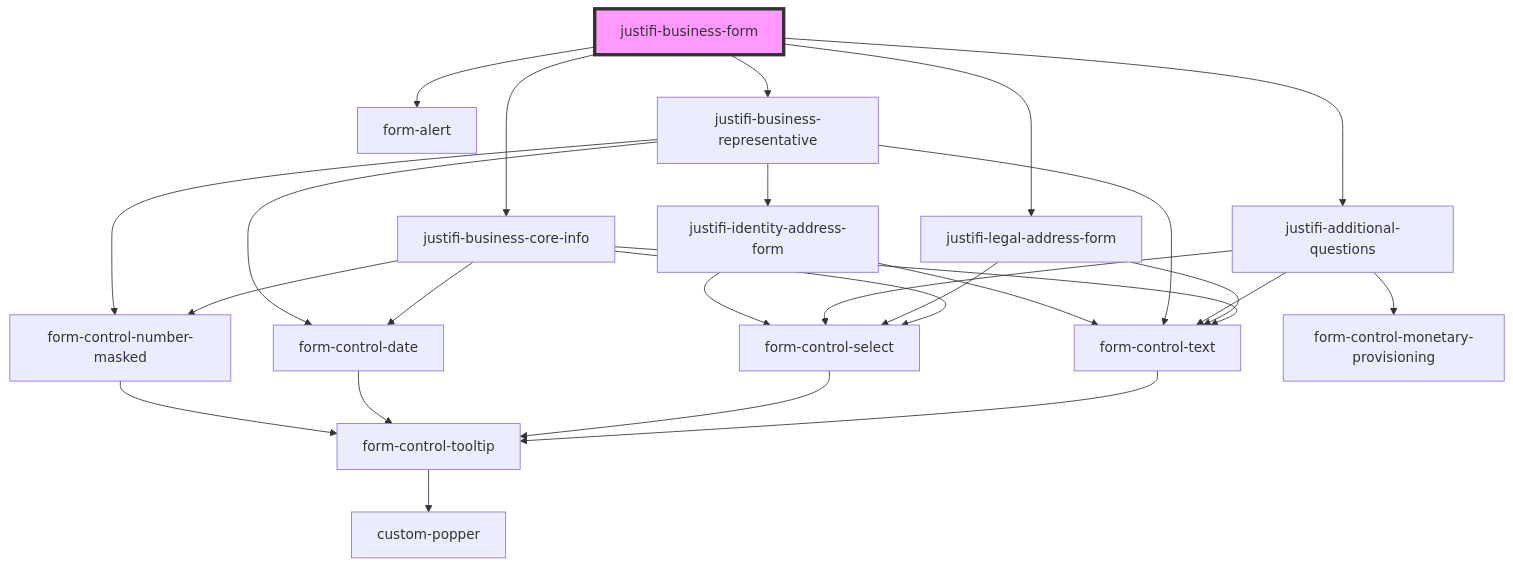
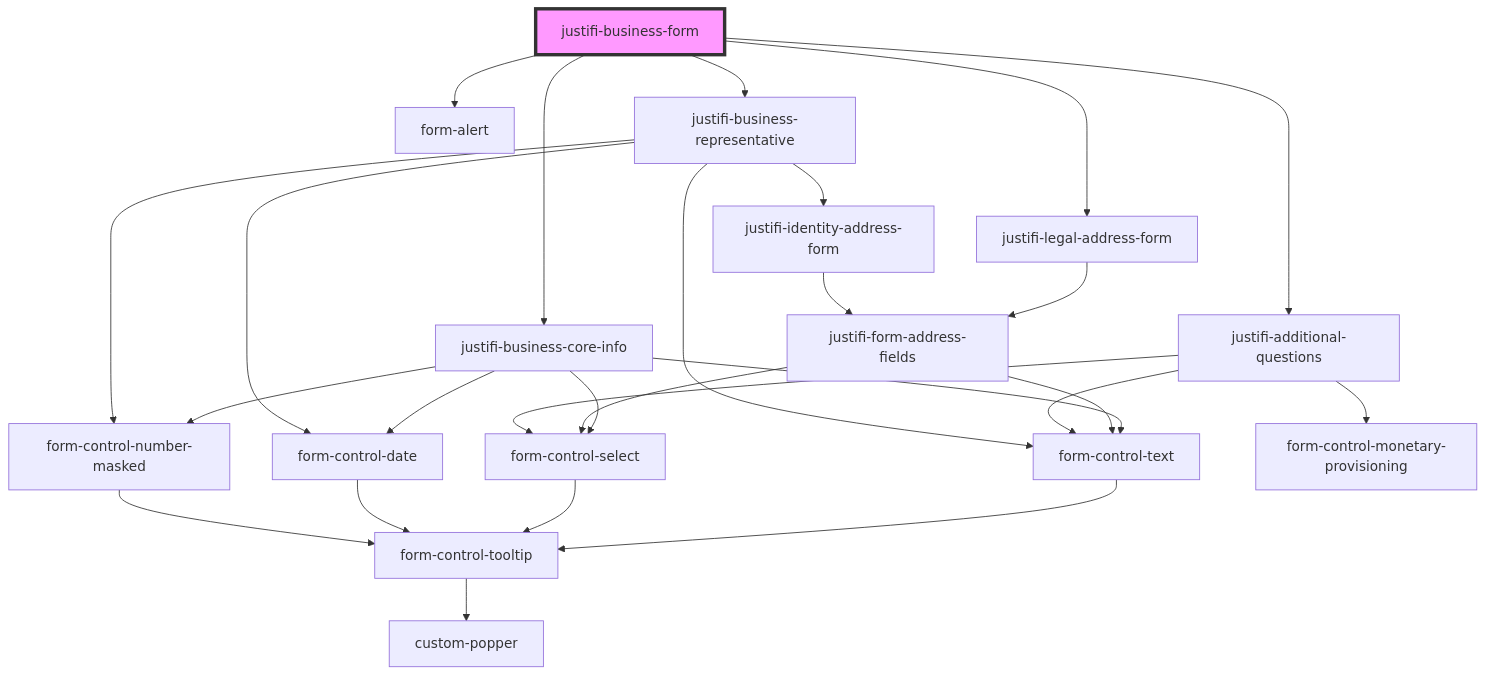
The diagram in packages/webcomponents/src/components/business-forms/business-form/readme.md (justifi-tech/web-component-library), drawn with Mermaid before and after one commit. The commit also changed 7 other files, not shown here.

First line of the commit message:
refactor(business-forms): update address form dependencies to use justifi-form-address-fields

````diff
--- a/packages/webcomponents/src/components/business-forms/business-form/readme.md
+++ b/packages/webcomponents/src/components/business-forms/business-form/readme.md
@@ -39,29 +39,29 @@
 ```mermaid
 graph TD;
   justifi-business-form --> form-alert
   justifi-business-form --> justifi-business-core-info
   justifi-business-form --> justifi-legal-address-form
   justifi-business-form --> justifi-additional-questions
   justifi-business-form --> justifi-business-representative
   justifi-business-core-info --> form-control-text
   justifi-business-core-info --> form-control-select
   justifi-business-core-info --> form-control-date
   justifi-business-core-info --> form-control-number-masked
   form-control-text --> form-control-tooltip
   form-control-tooltip --> custom-popper
   form-control-select --> form-control-tooltip
   form-control-date --> form-control-tooltip
   form-control-number-masked --> form-control-tooltip
-  justifi-legal-address-form --> form-control-text
-  justifi-legal-address-form --> form-control-select
+  justifi-legal-address-form --> justifi-form-address-fields
+  justifi-form-address-fields --> form-control-text
+  justifi-form-address-fields --> form-control-select
   justifi-additional-questions --> form-control-monetary-provisioning
   justifi-additional-questions --> form-control-select
   justifi-additional-questions --> form-control-text
   justifi-business-representative --> form-control-text
   justifi-business-representative --> form-control-number-masked
   justifi-business-representative --> form-control-date
   justifi-business-representative --> justifi-identity-address-form
-  justifi-identity-address-form --> form-control-text
-  justifi-identity-address-form --> form-control-select
+  justifi-identity-address-form --> justifi-form-address-fields
   style justifi-business-form fill:#f9f,stroke:#333,stroke-width:4px
 ```
````
